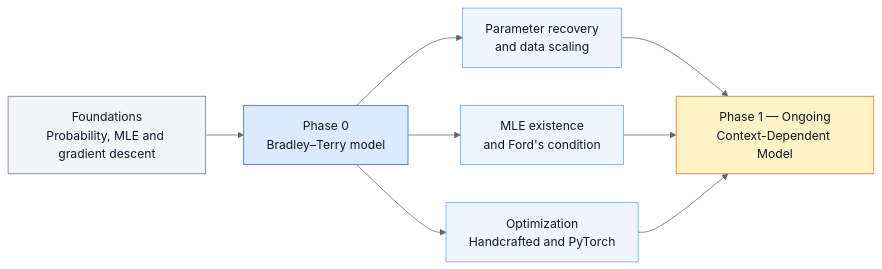
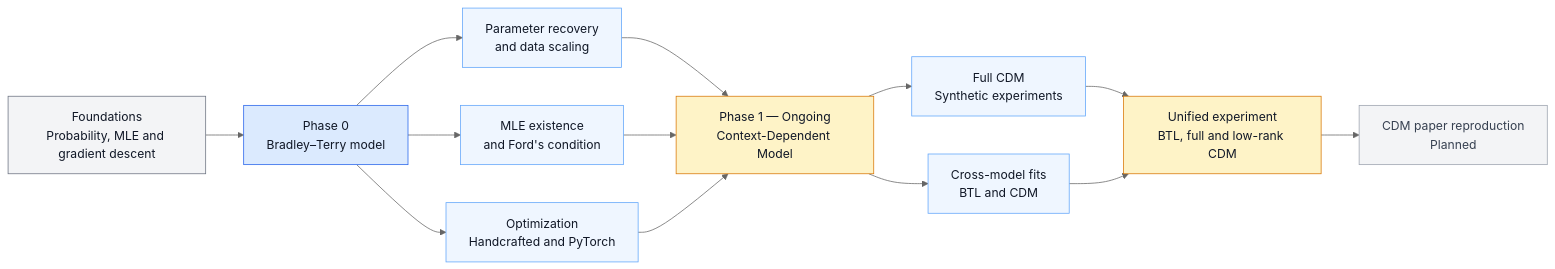
Before and after one commit to rbhdsks/Learning-from-Comparison-Data-Master-Thesis-Project-: the diagram in README.md, drawn with Mermaid (neutral theme). The commit also changed other lines of this file, not shown here.

Commit message:
Updated READNE for synthetic CDM experiments

````diff
--- a/README.md
+++ b/README.md
@@ -11,27 +9,40 @@
 ```mermaid
 flowchart LR
     A["Foundations<br/>Probability, MLE and gradient descent"]
     B["Phase 0<br/>Bradley–Terry model"]
     C["Parameter recovery<br/>and data scaling"]
     D["MLE existence<br/>and Ford's condition"]
     E["Optimization<br/>Handcrafted and PyTorch"]
     F["Phase 1 — Ongoing<br/>Context-Dependent Model"]
+    G["Full CDM<br/>Synthetic experiments"]
+    H["Cross-model fits<br/>BTL and CDM"]
+    I["Unified experiment<br/>BTL, full and low-rank CDM"]
+    J["CDM paper reproduction<br/>Planned"]
 
     A --> B
     B --> C
     B --> D
     B --> E
     C --> F
     D --> F
     E --> F
+    F --> G
+    F --> H
+    G --> I
+    H --> I
+    I --> J
 
     classDef foundation fill:#f3f4f6,stroke:#6b7280,color:#111827
     classDef completed fill:#dbeafe,stroke:#2563eb,color:#111827
     classDef experiment fill:#eff6ff,stroke:#60a5fa,color:#111827
     classDef ongoing fill:#fef3c7,stroke:#d97706,color:#111827
+    classDef planned fill:#f3f4f6,stroke:#9ca3af,color:#374151
 
     class A foundation
     class B completed
     class C,D,E experiment
     class F ongoing
+    class G,H experiment
+    class I ongoing
+    class J planned
 ```
````
